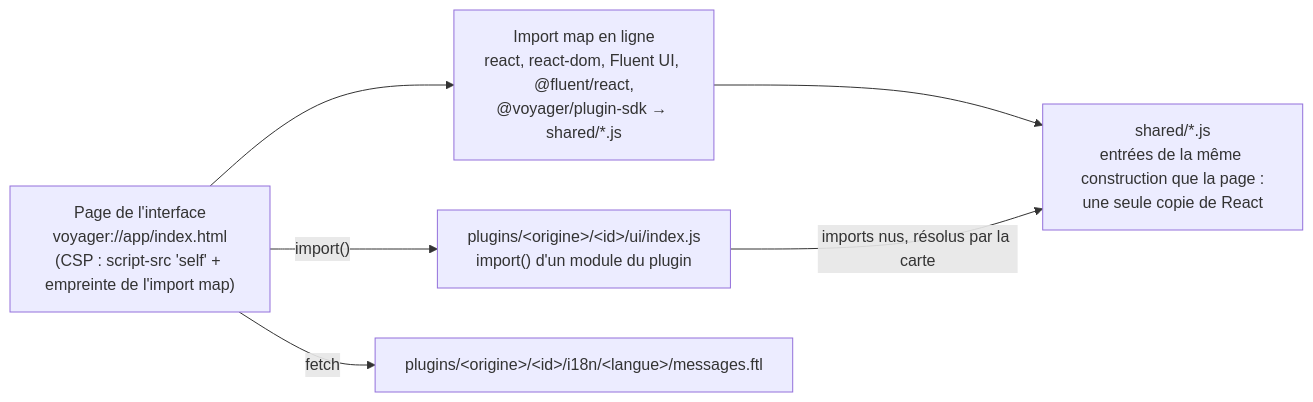
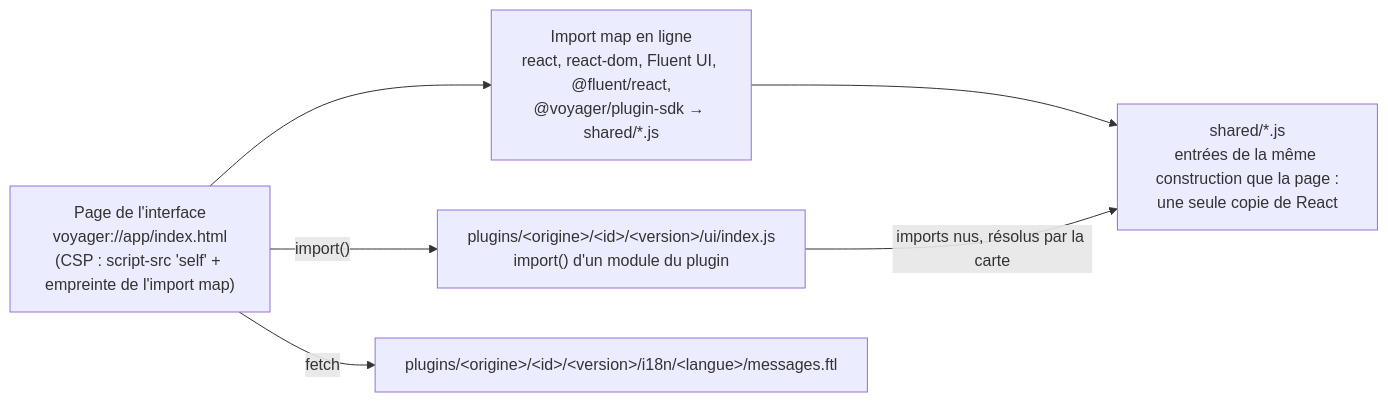
The eighth of 9 diagrams in docs/schemas/technique.md (Nidk-Akanea/Voyager), drawn with Mermaid before and after one commit. The commit also changed other lines of this file and 38 other files, not shown here.

````diff
--- a/docs/schemas/technique.md
+++ b/docs/schemas/technique.md
@@ -338,12 +338,12 @@
 ```mermaid
 flowchart LR
     Page["Page de l'interface<br/>voyager://app/index.html<br/>(CSP : script-src 'self' + empreinte de l'import map)"]
     Map["Import map en ligne<br/>react, react-dom, Fluent UI, @fluent/react,<br/>@voyager/plugin-sdk → shared/*.js"]
     Shared["shared/*.js<br/>entrées de la même construction que la page :<br/>une seule copie de React"]
-    Module["plugins/&lt;origine&gt;/&lt;id&gt;/ui/index.js<br/>import() d'un module du plugin"]
-    Texts["plugins/&lt;origine&gt;/&lt;id&gt;/i18n/&lt;langue&gt;/messages.ftl"]
+    Module["plugins/&lt;origine&gt;/&lt;id&gt;/&lt;version&gt;/ui/index.js<br/>import() d'un module du plugin"]
+    Texts["plugins/&lt;origine&gt;/&lt;id&gt;/&lt;version&gt;/i18n/&lt;langue&gt;/messages.ftl"]
     Page --> Map --> Shared
     Page -->|"import()"| Module
     Module -->|"imports nus, résolus par la carte"| Shared
     Page -->|"fetch"| Texts
 ```
````
